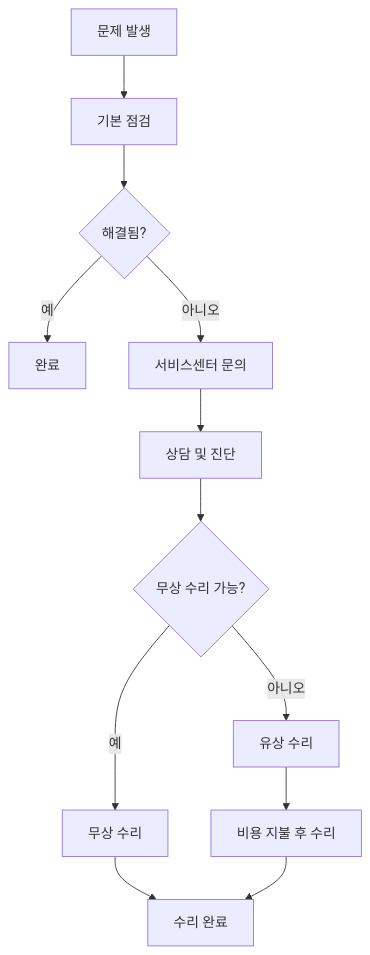
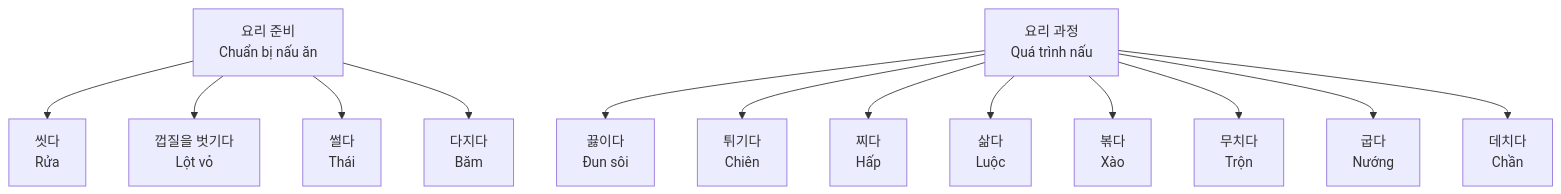
One commit to khieu-dv/vievlog changed the second of 5 diagrams in src/content/soft-skills/korean/bai-8.md. Above: the diagram before and after it, drawn with Mermaid. The commit also changed other lines of this file and 6 other files, not shown here.

````diff
--- a/src/content/soft-skills/korean/bai-8.md
+++ b/src/content/soft-skills/korean/bai-8.md
@@ -197,14 +77,16 @@
 ```mermaid
 flowchart TD
-    A[문제 발생] --> B[기본 점검]
-    B --> C{해결됨?}
-    C -->|예| D[완료]
-    C -->|아니오| E[서비스센터 문의]
-    E --> F[상담 및 진단]
-    F --> G{무상 수리 가능?}
-    G -->|예| H[무상 수리]
-    G -->|아니오| I[유상 수리]
-    H --> J[수리 완료]
-    I --> K[비용 지불 후 수리]
-    K --> J
+    A[요리 준비<br/>Chuẩn bị nấu ăn] --> B[씻다<br/>Rửa]
+    A --> C[껍질을 벗기다<br/>Lột vỏ]
+    A --> D[썰다<br/>Thái]
+    A --> E[다지다<br/>Băm]
+
+    F[요리 과정<br/>Quá trình nấu] --> G[끓이다<br/>Đun sôi]
+    F --> H[튀기다<br/>Chiên]
+    F --> I[찌다<br/>Hấp]
+    F --> J[삶다<br/>Luộc]
+    F --> K[볶다<br/>Xào]
+    F --> L[무치다<br/>Trộn]
+    F --> M[굽다<br/>Nướng]
+    F --> N[데치다<br/>Chần]
 ```
````
